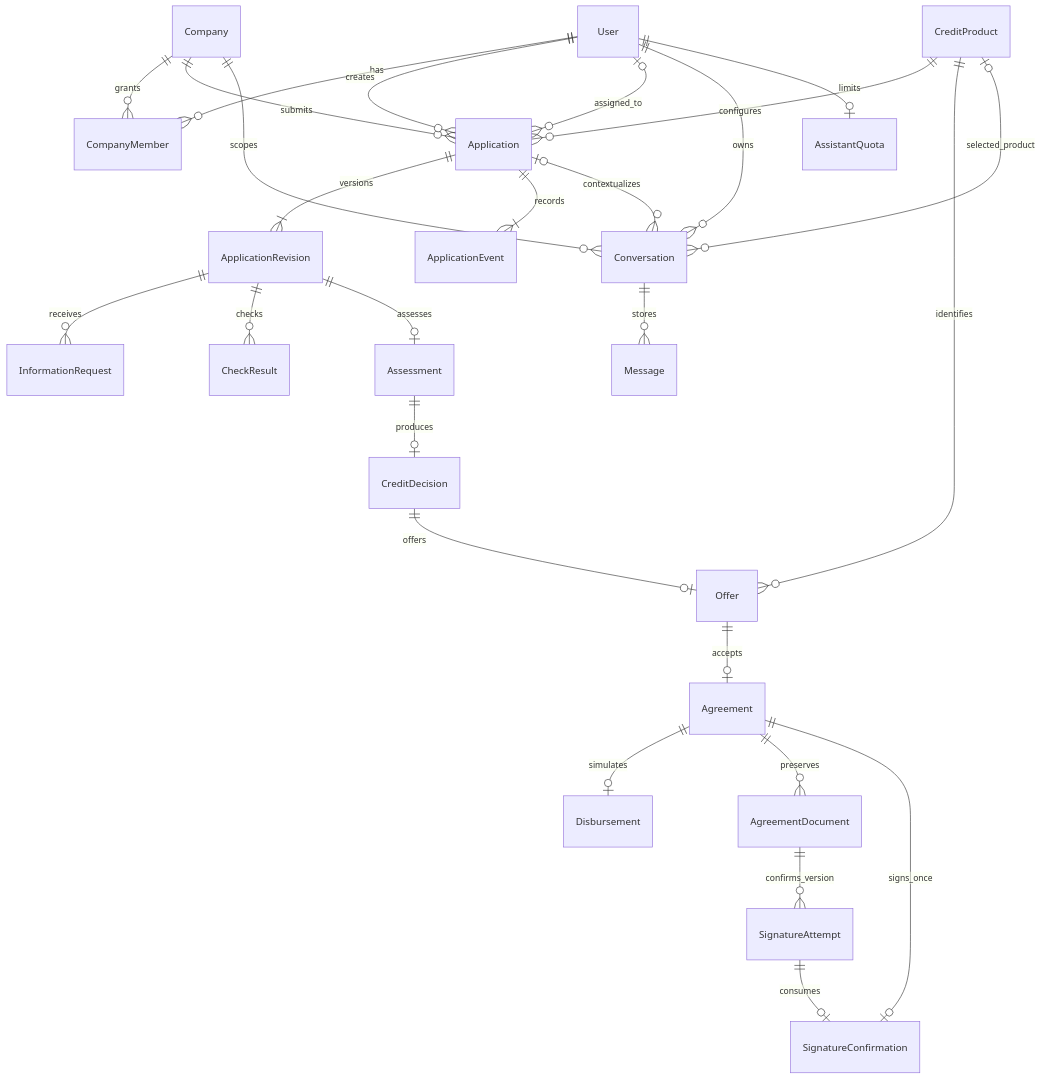
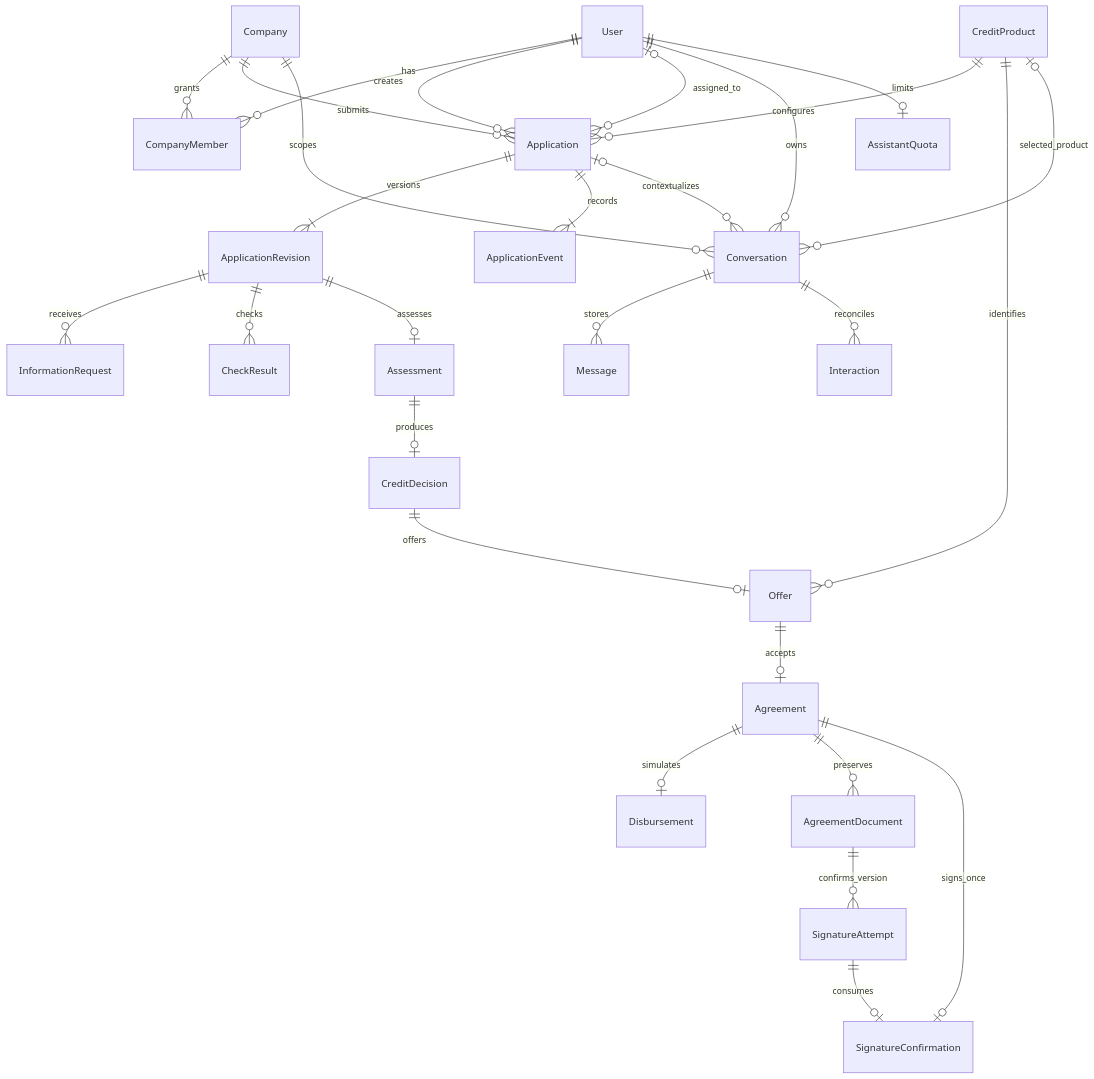
The diagram in docs/data-model.md (unish333ld/AlphaFutureHackathon2026), drawn with Mermaid before and after one commit. The commit also changed other lines of this file and 92 other files, not shown here.

````diff
--- a/docs/data-model.md
+++ b/docs/data-model.md
@@ -9,29 +9,30 @@
 ```mermaid
 erDiagram
     User ||--o{ CompanyMember : has
     Company ||--o{ CompanyMember : grants
     Company ||--o{ Application : submits
     User ||--o{ Application : creates
     User o|--o{ Application : assigned_to
     CreditProduct ||--o{ Application : configures
     Application ||--|{ ApplicationRevision : versions
     Application ||--|{ ApplicationEvent : records
     ApplicationRevision ||--o{ InformationRequest : receives
     ApplicationRevision ||--o{ CheckResult : checks
     ApplicationRevision ||--o| Assessment : assesses
     Assessment ||--o| CreditDecision : produces
     CreditDecision ||--o| Offer : offers
     CreditProduct ||--o{ Offer : identifies
     Offer ||--o| Agreement : accepts
     Agreement ||--o| Disbursement : simulates
     Agreement ||--o{ AgreementDocument : preserves
     AgreementDocument ||--o{ SignatureAttempt : confirms_version
     Agreement ||--o| SignatureConfirmation : signs_once
     SignatureAttempt ||--o| SignatureConfirmation : consumes
     User ||--o{ Conversation : owns
     Company ||--o{ Conversation : scopes
     Application o|--o{ Conversation : contextualizes
     CreditProduct o|--o{ Conversation : selected_product
     Conversation ||--o{ Message : stores
+    Conversation ||--o{ Interaction : reconciles
     User ||--o| AssistantQuota : limits
 ```
````
